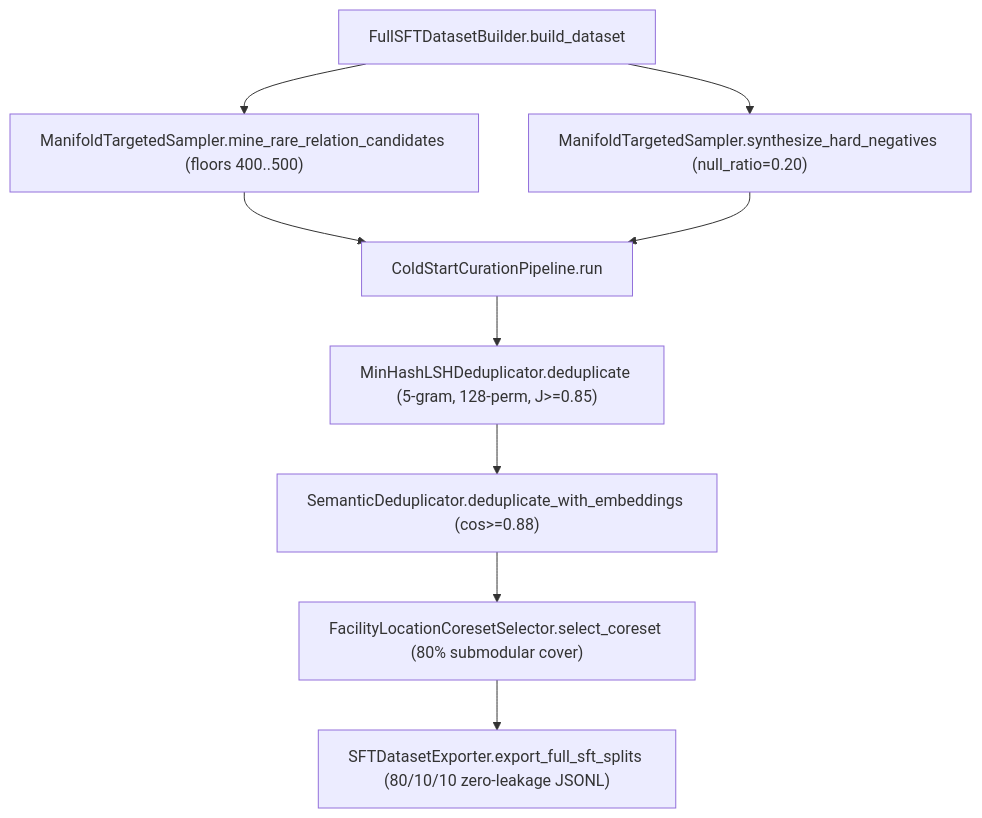
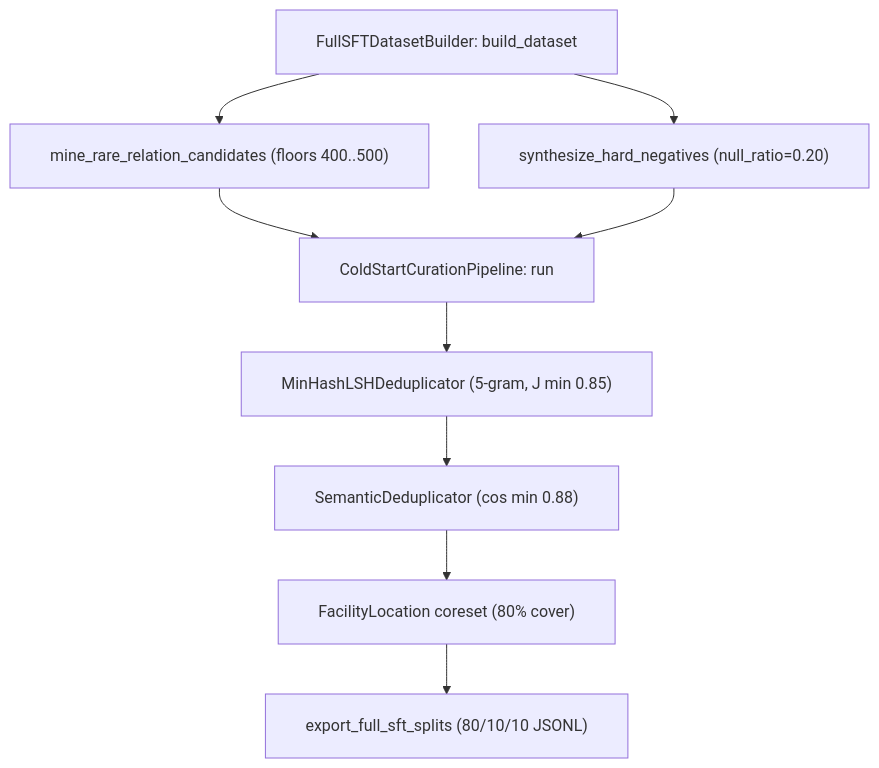
Before and after one commit to CamiloEmiliano/YarnBall: the second of 4 diagrams in docs/technical-report/04-curation-and-model-foundry.md, drawn with Mermaid. The commit also changed other lines of this file and 6 other files, not shown here.

Commit message:
docs(technical-report): fix Mermaid rendering, Monograph numbering, notation, and Ch.0 layout

````diff
--- a/docs/technical-report/04-curation-and-model-foundry.md
+++ b/docs/technical-report/04-curation-and-model-foundry.md
@@ -232,11 +245,12 @@
 ```mermaid
+%%{init: {"flowchart": {"htmlLabels": false, "wrappingWidth": 420, "padding": 20}}}%%
 flowchart TD
-    A["FullSFTDatasetBuilder.build_dataset"] --> B["ManifoldTargetedSampler.mine_rare_relation_candidates (floors 400..500)"]
-    A --> C["ManifoldTargetedSampler.synthesize_hard_negatives (null_ratio=0.20)"]
-    B --> D["ColdStartCurationPipeline.run"]
+    A["FullSFTDatasetBuilder: build_dataset"] --> B["mine_rare_relation_candidates (floors 400..500)"]
+    A --> C["synthesize_hard_negatives (null_ratio=0.20)"]
+    B --> D["ColdStartCurationPipeline: run"]
     C --> D
-    D --> E["MinHashLSHDeduplicator.deduplicate (5-gram, 128-perm, J>=0.85)"]
-    E --> F["SemanticDeduplicator.deduplicate_with_embeddings (cos>=0.88)"]
-    F --> G["FacilityLocationCoresetSelector.select_coreset (80% submodular cover)"]
-    G --> H["SFTDatasetExporter.export_full_sft_splits (80/10/10 zero-leakage JSONL)"]
+    D --> E["MinHashLSHDeduplicator (5-gram, J min 0.85)"]
+    E --> F["SemanticDeduplicator (cos min 0.88)"]
+    F --> G["FacilityLocation coreset (80% cover)"]
+    G --> H["export_full_sft_splits (80/10/10 JSONL)"]
 ```
````
